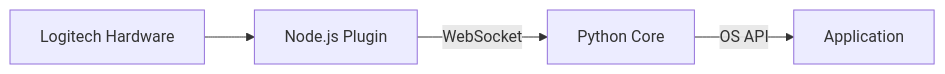
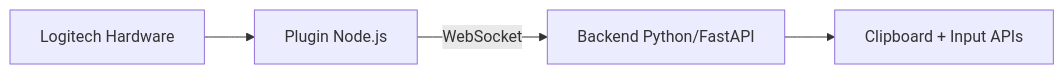
The diagram in README.md (RogelioAlcantarRangel/CORTEX-Neuro-Paste), drawn with Mermaid before and after one commit. The commit also changed other lines of this file and 2 other files, not shown here.

````diff
--- a/README.md
+++ b/README.md
@@ -21,7 +12,6 @@
 ```mermaid
 graph LR
-    A[Logitech Hardware] --> B[Node.js Plugin]
-    B --WebSocket--> C[Python Core]
-    C --OS API--> D[Application]
-
+    A[Logitech Hardware] --> B[Plugin Node.js]
+    B -- WebSocket --> C[Backend Python/FastAPI]
+    C --> D[Clipboard + Input APIs]
 ```
````
